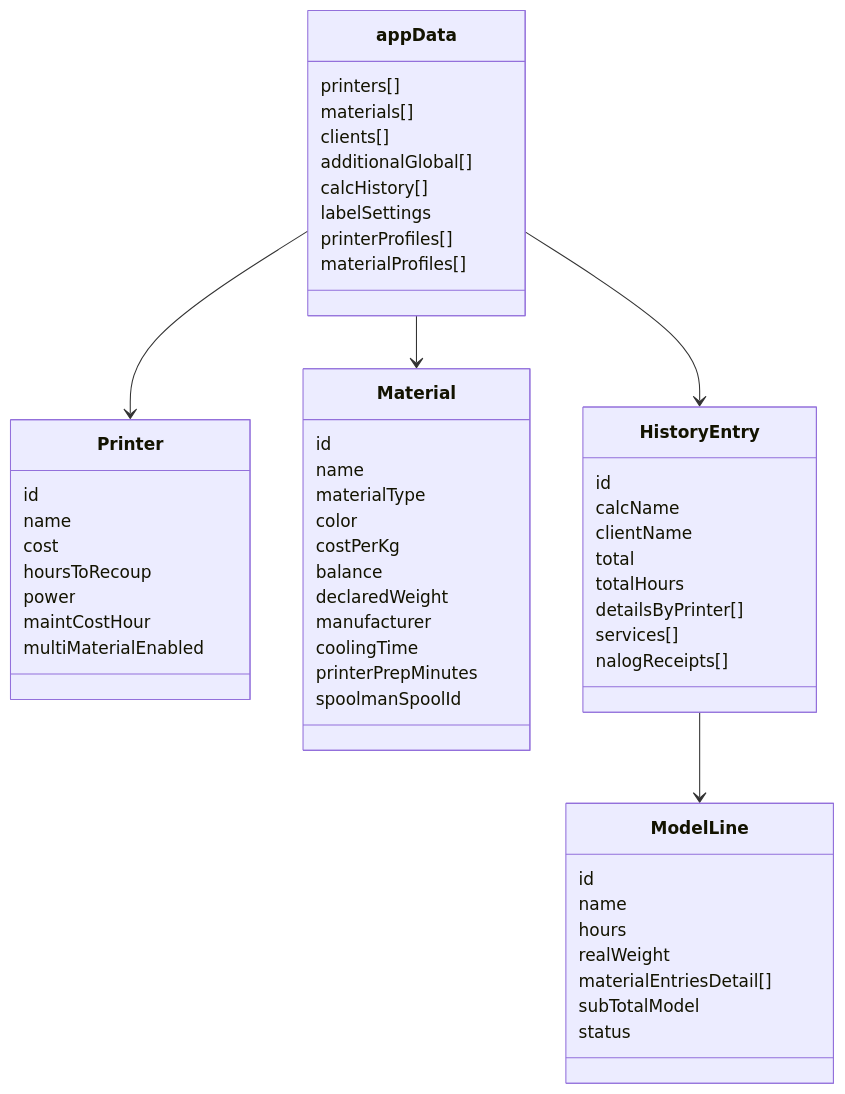
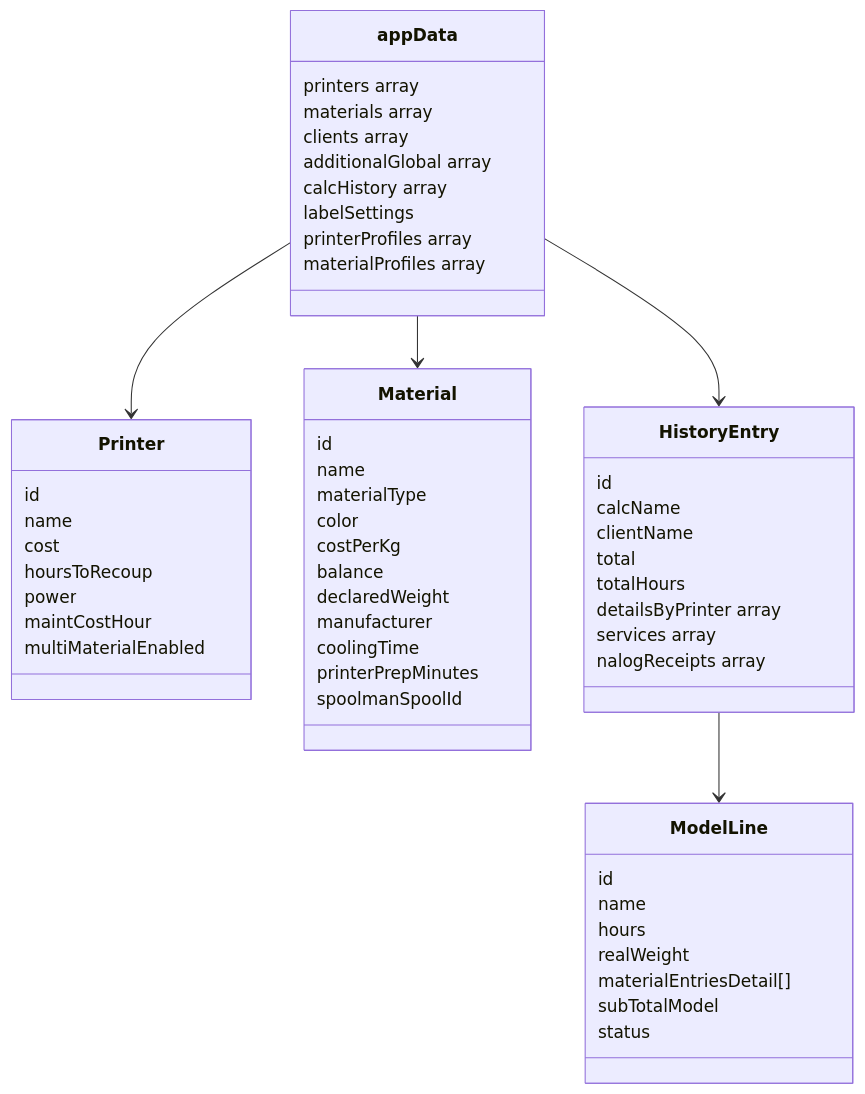
Before and after one commit to nazbav/3d-price: the third of 10 diagrams in README_RU.md, drawn with Mermaid. The commit also changed other lines of this file and 1 other file, not shown here.

Commit message:
Исправить mermaid в README

````diff
--- a/README_RU.md
+++ b/README_RU.md
@@ -218,63 +218,63 @@
 ```mermaid
 classDiagram
     class appData {
-      printers[]
-      materials[]
-      clients[]
-      additionalGlobal[]
-      calcHistory[]
+      printers array
+      materials array
+      clients array
+      additionalGlobal array
+      calcHistory array
       labelSettings
-      printerProfiles[]
-      materialProfiles[]
+      printerProfiles array
+      materialProfiles array
     }
 
     class Printer {
       id
       name
       cost
       hoursToRecoup
       power
       maintCostHour
       multiMaterialEnabled
     }
 
     class Material {
       id
       name
       materialType
       color
       costPerKg
       balance
       declaredWeight
       manufacturer
       coolingTime
       printerPrepMinutes
       spoolmanSpoolId
     }
 
     class HistoryEntry {
       id
       calcName
       clientName
       total
       totalHours
-      detailsByPrinter[]
-      services[]
-      nalogReceipts[]
+      detailsByPrinter array
+      services array
+      nalogReceipts array
     }
 
     class ModelLine {
       id
       name
       hours
       realWeight
       materialEntriesDetail[]
       subTotalModel
       status
     }
 
     appData --> Printer
     appData --> Material
     appData --> HistoryEntry
     HistoryEntry --> ModelLine
 ```
````
